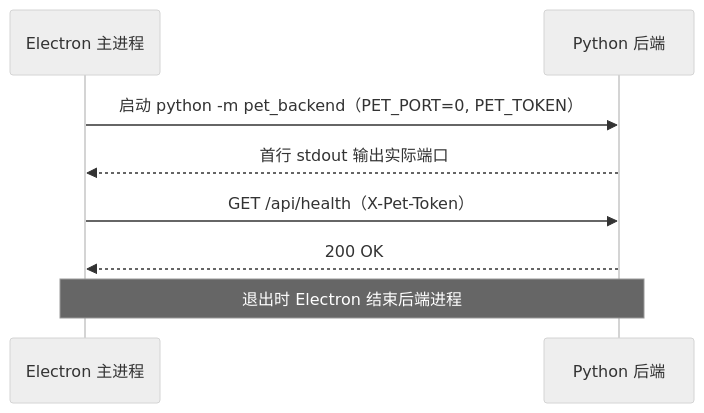
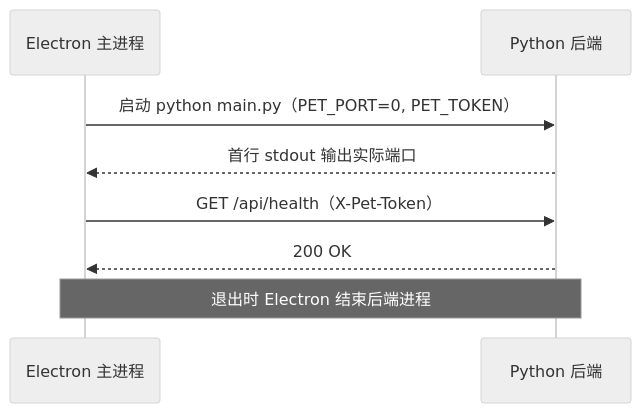
Before and after one commit to LuoHui0623/DesktopPet: the diagram in Task.md, drawn with Mermaid (neutral theme). The commit also changed other lines of this file and 5 other files, not shown here.

````diff
--- a/Task.md
+++ b/Task.md
@@ -39,10 +40,10 @@
 ```mermaid
 sequenceDiagram
     participant E as Electron 主进程
     participant B as Python 后端
-    E->>B: 启动 python -m pet_backend（PET_PORT=0, PET_TOKEN）
+    E->>B: 启动 python main.py（PET_PORT=0, PET_TOKEN）
     B-->>E: 首行 stdout 输出实际端口
     E->>B: GET /api/health（X-Pet-Token）
     B-->>E: 200 OK
     Note over E,B: 退出时 Electron 结束后端进程
 ```
````
